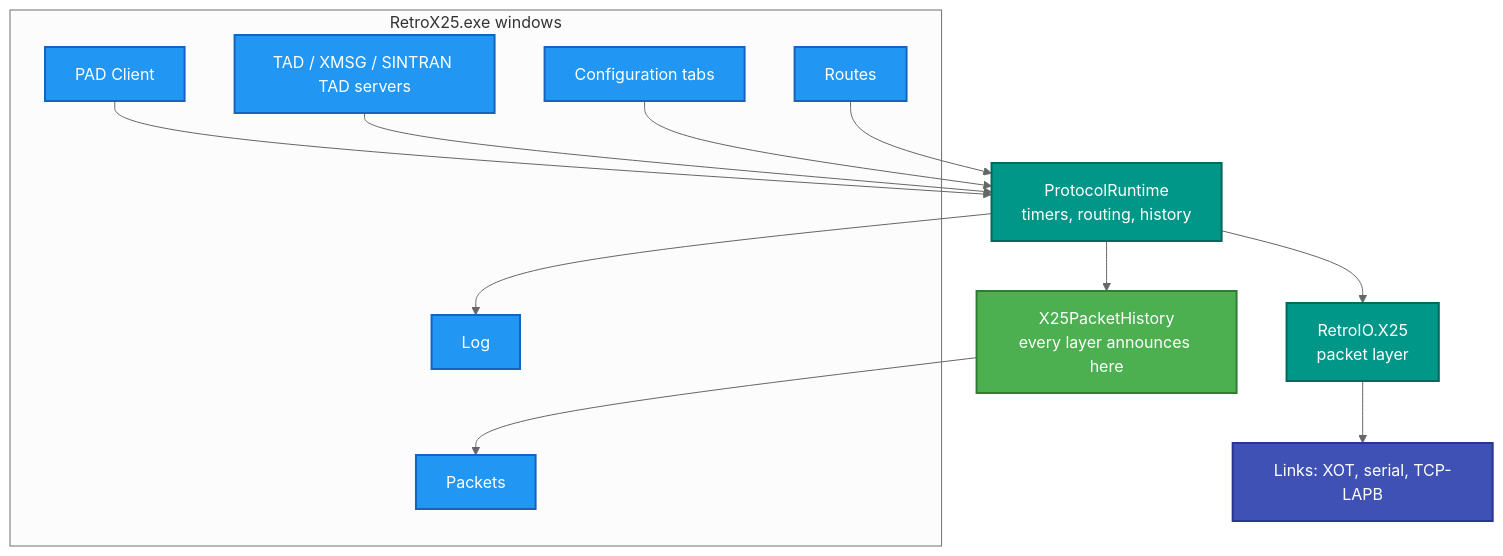
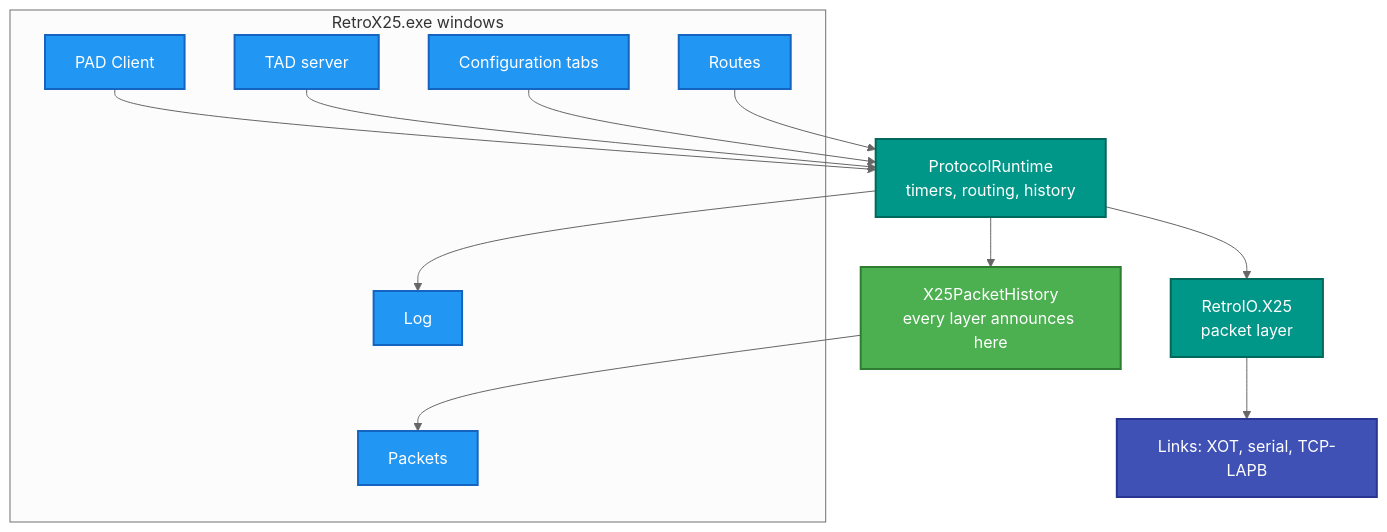
The first of 2 diagrams in src/RetroX25.Desktop/README.md (RetroCoreLabs/RetroX25), drawn with Mermaid (neutral theme) before and after one commit. The commit also changed other lines of this file and 64 other files, not shown here.

````diff
--- a/src/RetroX25.Desktop/README.md
+++ b/src/RetroX25.Desktop/README.md
@@ -90,34 +96,34 @@
 ```mermaid
 flowchart TB
     subgraph UI["RetroX25.exe windows"]
         PADW["PAD Client"]
         PKTW["Packets"]
         ROUTEW["Routes"]
         CFGW["Configuration tabs"]
-        SRVW["TAD / XMSG / SINTRAN TAD servers"]
+        SRVW["TAD server"]
         LOGW["Log"]
     end
 
     RT["ProtocolRuntime<br/>timers, routing, history"]
     HIST["X25PacketHistory<br/>every layer announces here"]
     X25["RetroIO.X25<br/>packet layer"]
     LINKS["Links: XOT, serial, TCP-LAPB"]
 
     PADW --> RT
     SRVW --> RT
     CFGW --> RT
     ROUTEW --> RT
     RT --> X25 --> LINKS
     RT --> HIST --> PKTW
     RT --> LOGW
 
     classDef app   fill:#2196F3,stroke:#1565C0,stroke-width:2px,color:#fff
     classDef core  fill:#009688,stroke:#00695C,stroke-width:2px,color:#fff
     classDef ok    fill:#4CAF50,stroke:#2E7D32,stroke-width:2px,color:#fff
     classDef sock  fill:#3F51B5,stroke:#283593,stroke-width:2px,color:#fff
 
     class PADW,PKTW,ROUTEW,CFGW,SRVW,LOGW app
     class RT,X25 core
     class HIST ok
     class LINKS sock
 ```
````
